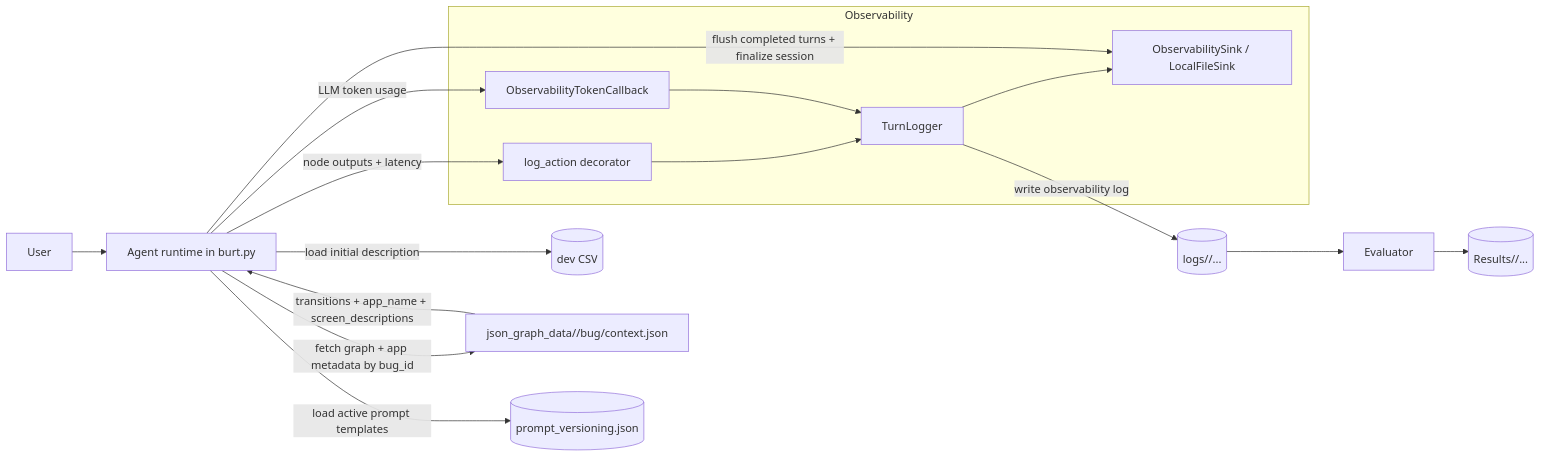
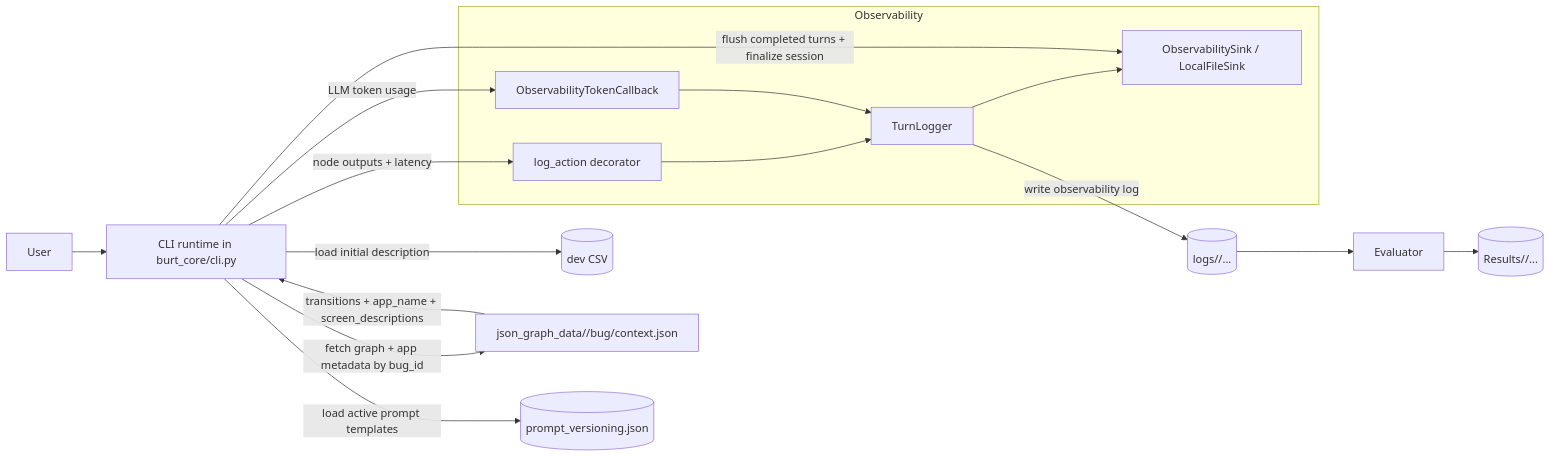
The first of 2 diagrams in ARCHITECTURE.md (sea-lab-wm/agentic_burt), drawn with Mermaid before and after one commit. The commit also changed other lines of this file and 15 other files, not shown here.

Commit message:
refactor: add burt_core folder and extract cli from burt.py

````diff
--- a/ARCHITECTURE.md
+++ b/ARCHITECTURE.md
@@ -7,26 +7,26 @@
 ```mermaid
 flowchart LR
-    U[User] --> A[Agent runtime in burt.py]
+    U[User] --> A[CLI runtime in burt_core/cli.py]
     A -->|load initial description| CSV[(dev CSV)]
     A -->|fetch graph + app metadata by bug_id| GC[json_graph_data/<DATASET>/bug<id>/context.json]
     GC -->|transitions + app_name + screen_descriptions| A
     A -->|load active prompt templates| PV[(prompt_versioning.json)]
     L2 -->|write observability log| LOGS[(logs/<PROMPT_VERSION>/...)]
 
     subgraph OBS[Observability]
       L1[log_action decorator]
       L2[TurnLogger]
       L3[ObservabilityTokenCallback]
       L4[ObservabilitySink / LocalFileSink]
       L1 --> L2
       L3 --> L2
       L2 --> L4
     end
 
     A -->|node outputs + latency| L1
     A -->|LLM token usage| L3
     A -->|flush completed turns + finalize session| L4
 
     LOGS --> E[Evaluator]
     E --> R[(Results/<agent_version>/...)]
 ```
````
